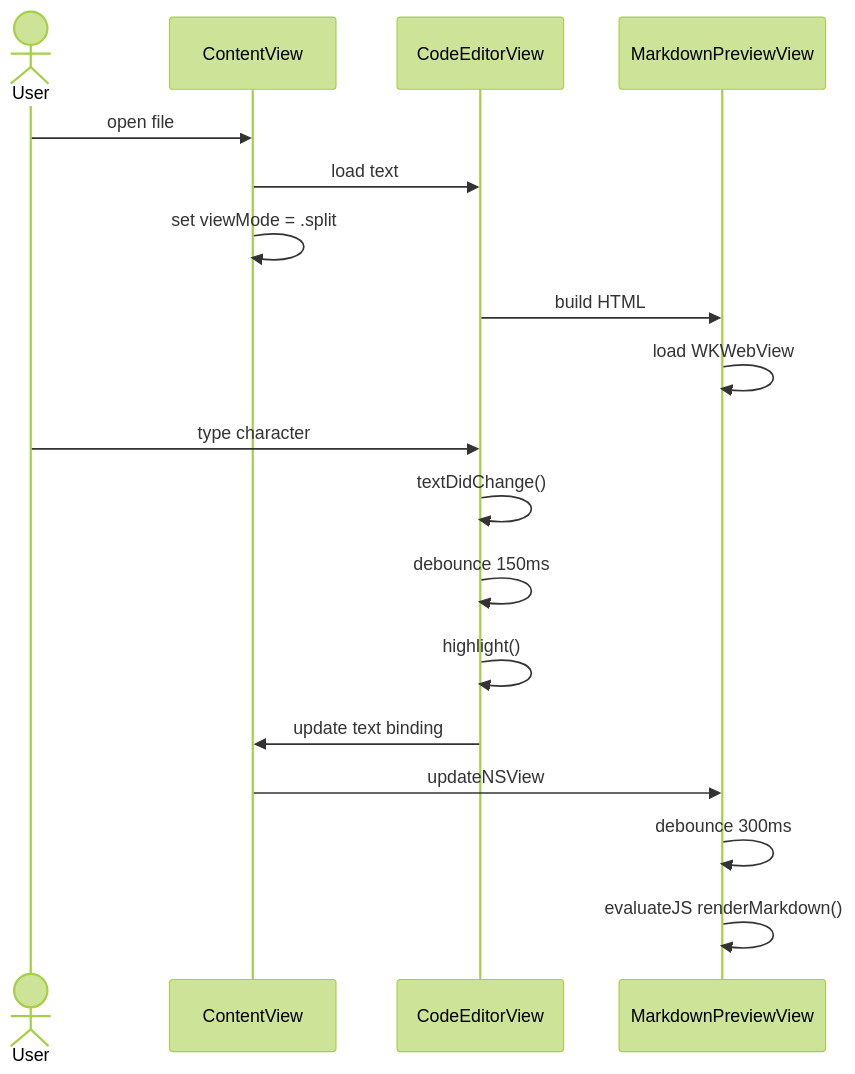
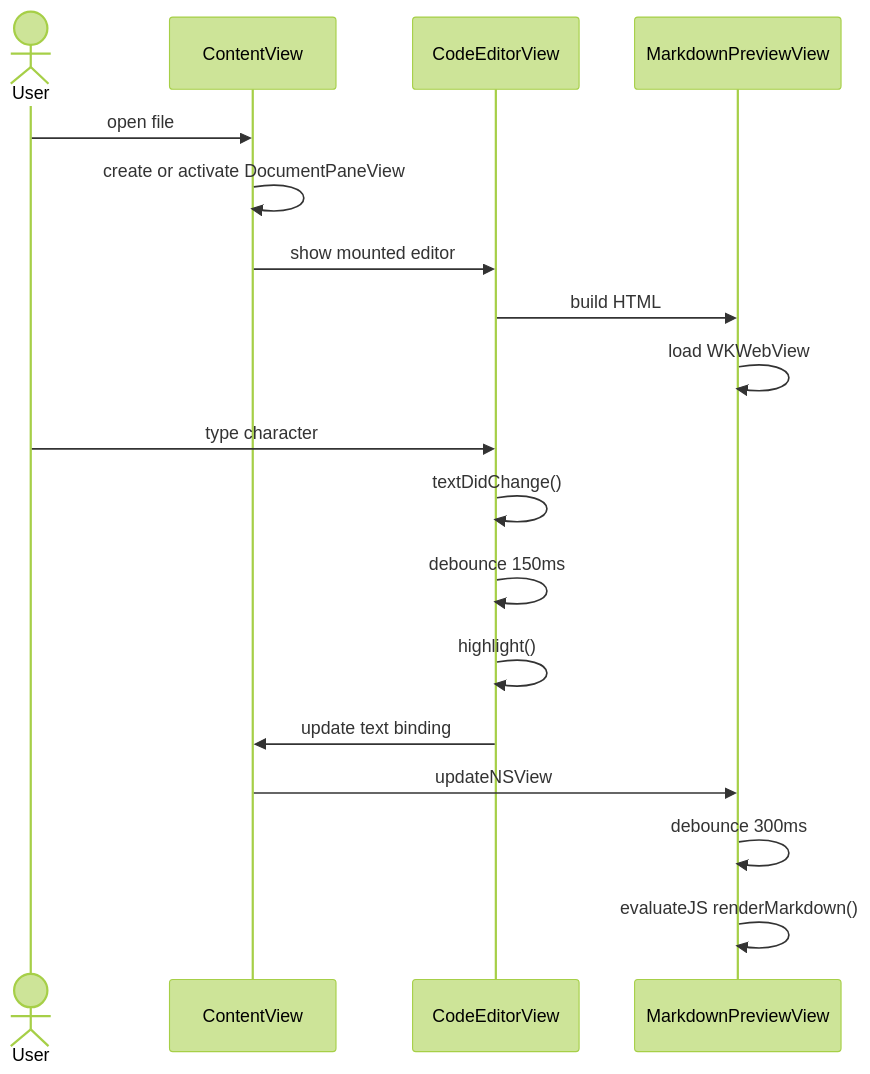
One commit to bjblazko/stuped changed the fourth of 7 diagrams in doc/arc42.md. Above: the diagram before and after it, drawn with Mermaid (forest theme). The commit also changed other lines of this file and 19 other files, not shown here.

````diff
--- a/doc/arc42.md
+++ b/doc/arc42.md
@@ -146,22 +144,22 @@
 ```mermaid
 sequenceDiagram
     actor User
     participant CV as ContentView
     participant CE as CodeEditorView
     participant MP as MarkdownPreviewView
 
     User->>CV: open file
-    CV->>CE: load text
-    CV->>CV: set viewMode = .split
+    CV->>CV: create or activate DocumentPaneView
+    CV->>CE: show mounted editor
     CE->>MP: build HTML
     MP->>MP: load WKWebView
 
     User->>CE: type character
     CE->>CE: textDidChange()
     CE->>CE: debounce 150ms
     CE->>CE: highlight()
     CE->>CV: update text binding
     CV->>MP: updateNSView
     MP->>MP: debounce 300ms
     MP->>MP: evaluateJS renderMarkdown()
 ```
````
